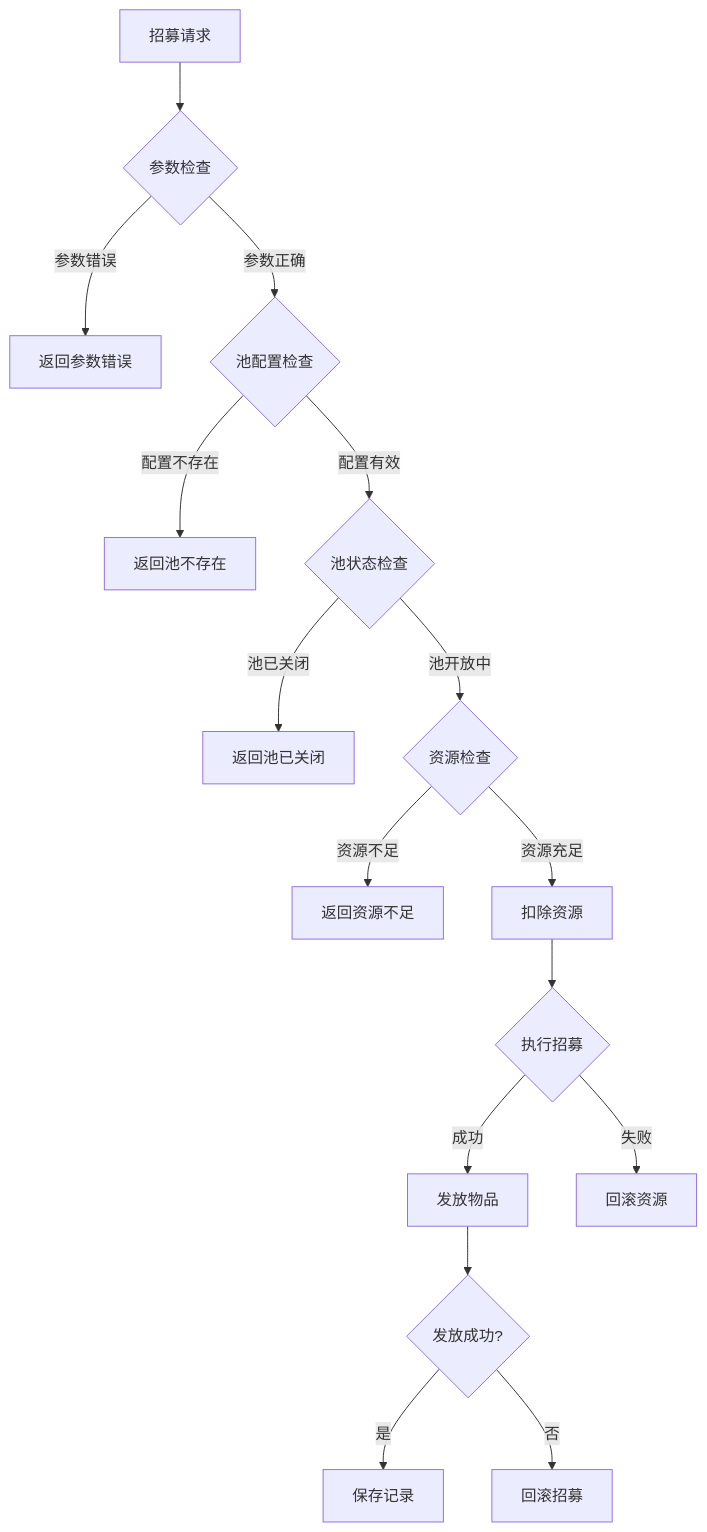
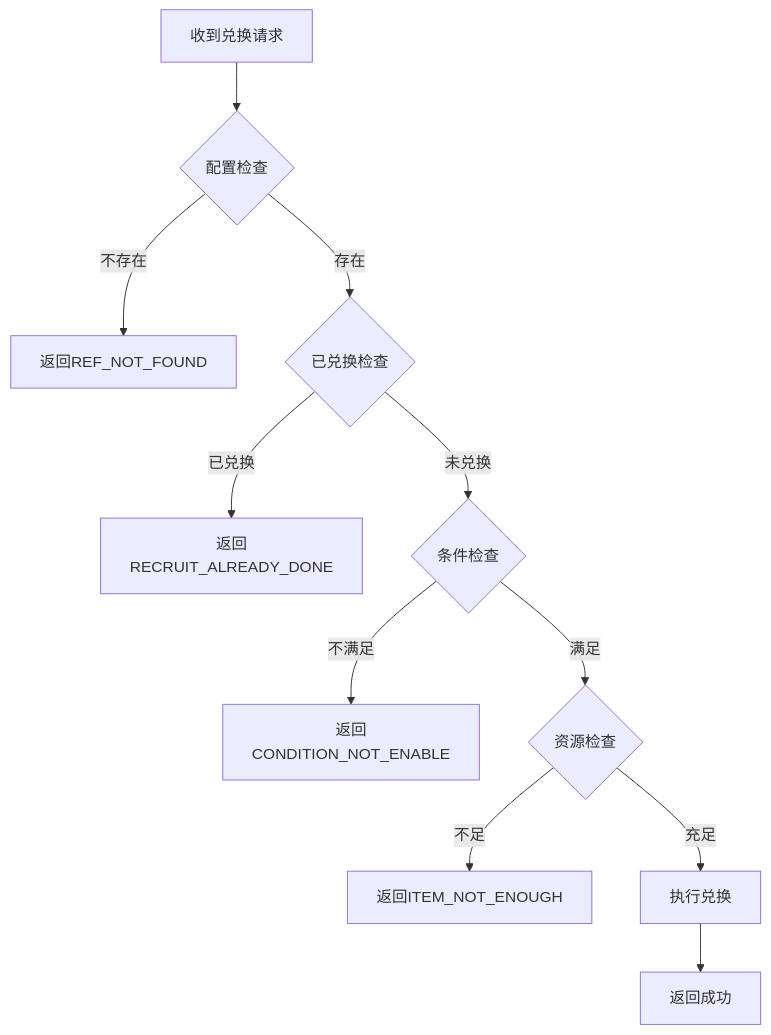
Before and after one commit to Alan-Ben/k2c_game_framework: the second of 2 diagrams in docs/Module_Recruit/06_实现细节.md, drawn with Mermaid. The commit also changed other lines of this file and 32 other files, not shown here.

````diff
--- a/docs/Module_Recruit/06_实现细节.md
+++ b/docs/Module_Recruit/06_实现细节.md
@@ -199,18 +198,13 @@
 ```mermaid
 flowchart TD
-    A[招募请求] --> B{参数检查}
-    B -->|参数错误| C[返回参数错误]
-    B -->|参数正确| D{池配置检查}
-    D -->|配置不存在| E[返回池不存在]
-    D -->|配置有效| F{池状态检查}
-    F -->|池已关闭| G[返回池已关闭]
-    F -->|池开放中| H{资源检查}
-    H -->|资源不足| I[返回资源不足]
-    H -->|资源充足| J[扣除资源]
-    J --> K{执行招募}
-    K -->|成功| L[发放物品]
-    K -->|失败| M[回滚资源]
-    L --> N{发放成功?}
-    N -->|是| O[保存记录]
-    N -->|否| P[回滚招募]
+    A[收到兑换请求] --> B{配置检查}
+    B -->|不存在| C[返回REF_NOT_FOUND]
+    B -->|存在| D{已兑换检查}
+    D -->|已兑换| E[返回RECRUIT_ALREADY_DONE]
+    D -->|未兑换| F{条件检查}
+    F -->|不满足| G[返回CONDITION_NOT_ENABLE]
+    F -->|满足| H{资源检查}
+    H -->|不足| I[返回ITEM_NOT_ENOUGH]
+    H -->|充足| J[执行兑换]
+    J --> K[返回成功]
 ```
````
